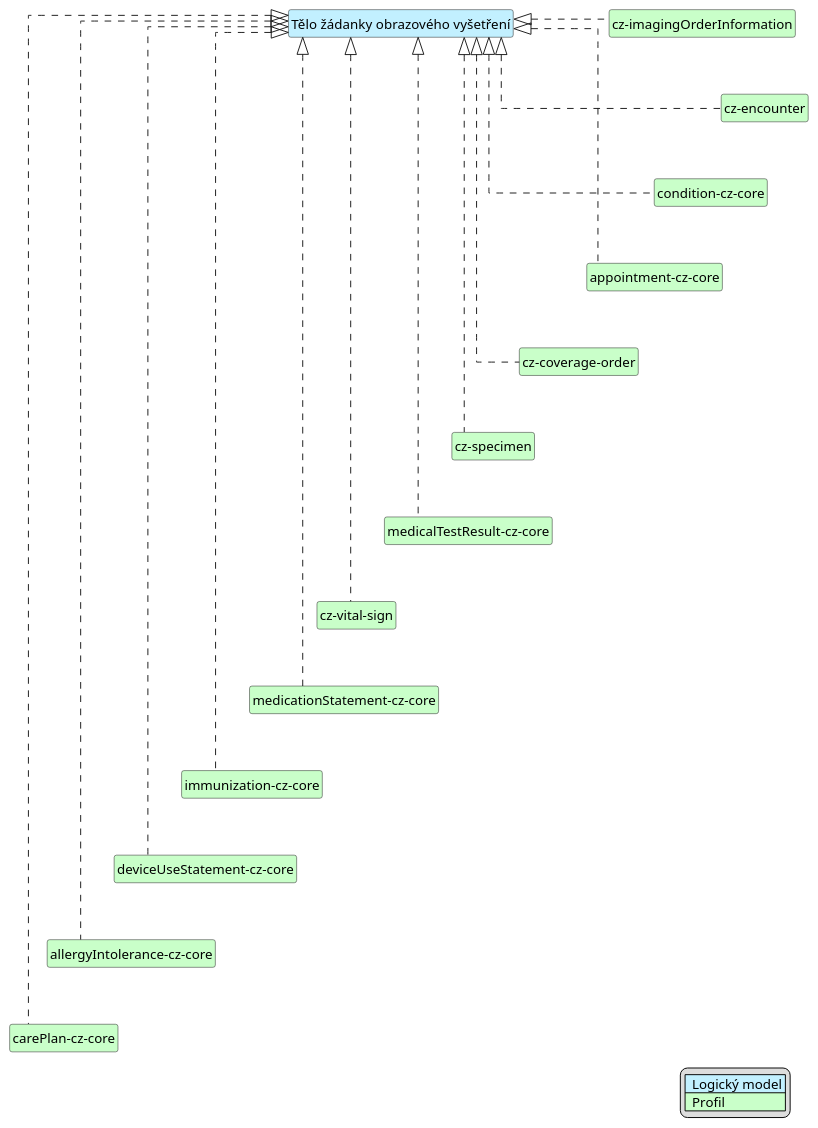
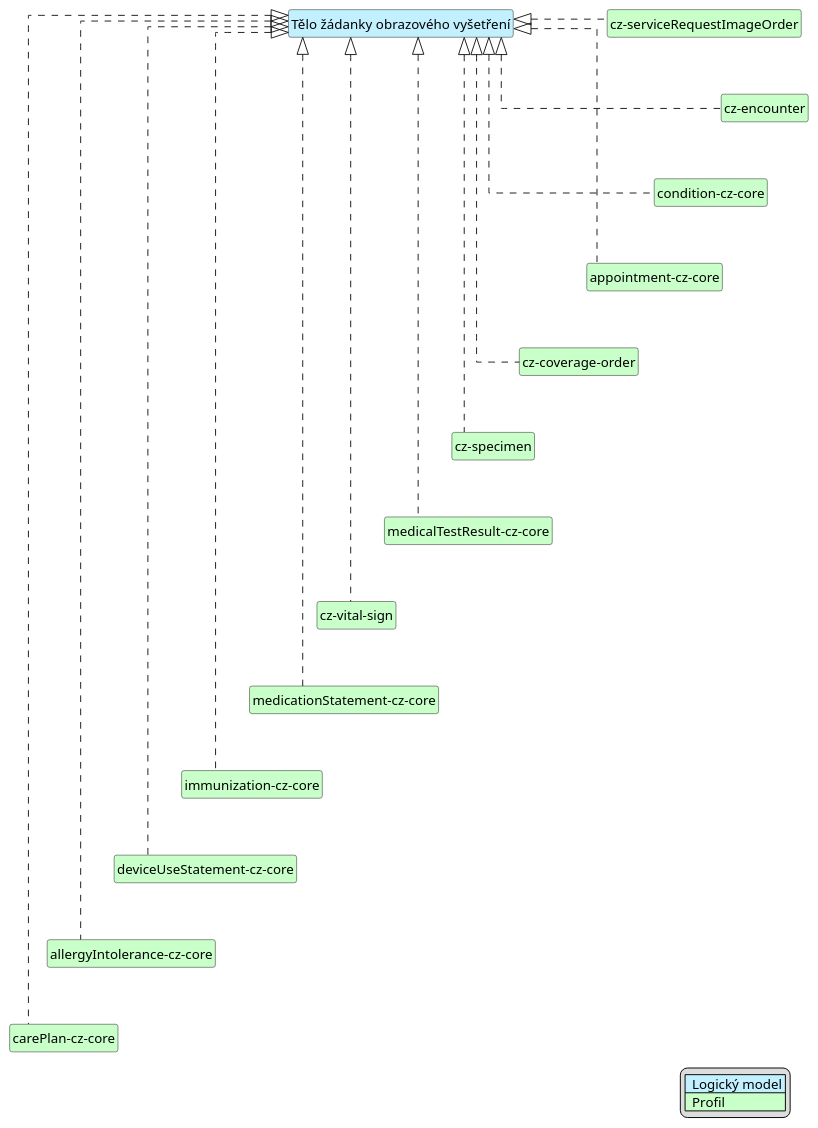
One commit to HL7-cz/img-order changed the diagram in input/images-source/imgOrderBody-map-cs.plantuml. Above: the diagram before and after it, drawn with PlantUML. The commit also changed 21 other files, not shown here.

Commit message:
Rename profile image-order to serviceRequest and add speciality to author and performer

```diff
--- a/input/images-source/imgOrderBody-map-cs.plantuml
+++ b/input/images-source/imgOrderBody-map-cs.plantuml
@@ -1,58 +1,58 @@
 @startuml
 hide circle
 hide stereotype
 hide members
 hide methods
 skinparam linetype ortho
 skinparam class {
 BackgroundColor<<LogicalModel>> #APPLICATION
 BackgroundColor<<Profile>> #TECHNOLOGY
 }
 legend right
 | <#APPLICATION>  Logický model |
 | <#TECHNOLOGY>  Profil |
 endlegend
 class "Tělo žádanky obrazového vyšetření" <<LogicalModel>> [[StructureDefinition-logBodyImageOrderCz.html]]
 
-class "cz-imagingOrderInformation" <<Profile>> [[StructureDefinition-cz-imagingOrderInformation.html]]
+class "cz-serviceRequestImageOrder" <<Profile>> [[StructureDefinition-cz-serviceRequestImageOrder.html]]
 class "condition-cz-core" <<Profile>> [[https://hl7.cz/fhir/core/StructureDefinition-condition-cz-core.html]]
 class "cz-encounter" <<Profile>> [[https://hl7.cz/fhir/core/StructureDefinition-cz-encounter.html]]
 class "cz-coverage-order" <<Profile>> [[StructureDefinition-cz-coverage-order.html]]
 class "appointment-cz-core" <<Profile>> [[https://hl7.cz/fhir/core/StructureDefinition-appointment-cz-core.html]]
 class "cz-specimen" <<Profile>> [[https://hl7.cz/fhir/core/StructureDefinition-cz-specimen.html]]
 class "medicalTestResult-cz-core" <<Profile>> [[https://hl7.cz/fhir/core/StructureDefinition-medicalTestResult-cz-core.html]]
 class "cz-vital-sign" <<Profile>> [[StructureDefinition-cz-vital-sign.html]]
 class "medicationStatement-cz-core" <<Profile>> [[https://hl7.cz/fhir/core/StructureDefinition-medicationStatement-cz-core.html]]
 class "immunization-cz-core" <<Profile>> [[https://hl7.cz/fhir/core/StructureDefinition-immunization-cz-core.html]]
 class "deviceUseStatement-cz-core" <<Profile>> [[https://hl7.cz/fhir/core/StructureDefinition-deviceUseStatement-cz-core.html]]
 class "allergyIntolerance-cz-core" <<Profile>> [[https://hl7.cz/fhir/core/StructureDefinition-allergyIntolerance-cz-core.html]]
 class "carePlan-cz-core" <<Profile>> [[https://hl7.cz/fhir/core/StructureDefinition-carePlan-cz-core.html]]
 
-"Tělo žádanky obrazového vyšetření" <|. "cz-imagingOrderInformation"
+"Tělo žádanky obrazového vyšetření" <|. "cz-serviceRequestImageOrder"
 "Tělo žádanky obrazového vyšetření" <|. "appointment-cz-core"
 "Tělo žádanky obrazového vyšetření" <|. "cz-coverage-order"
 "Tělo žádanky obrazového vyšetření" <|. "condition-cz-core"
 "Tělo žádanky obrazového vyšetření" <|. "cz-encounter"
 "Tělo žádanky obrazového vyšetření" <|. "cz-specimen"
 "Tělo žádanky obrazového vyšetření" <|. "medicalTestResult-cz-core"
 "Tělo žádanky obrazového vyšetření" <|. "cz-vital-sign"
 "Tělo žádanky obrazového vyšetření" <|. "medicationStatement-cz-core"
 "Tělo žádanky obrazového vyšetření" <|. "immunization-cz-core"
 "Tělo žádanky obrazového vyšetření" <|. "deviceUseStatement-cz-core"
 "Tělo žádanky obrazového vyšetření" <|. "allergyIntolerance-cz-core"
 "Tělo žádanky obrazového vyšetření" <|. "carePlan-cz-core"
 
-"cz-imagingOrderInformation" -d[hidden]-> "cz-encounter"
+"cz-serviceRequestImageOrder" -d[hidden]-> "cz-encounter"
 "cz-encounter" -d[hidden]-> "condition-cz-core"
 "condition-cz-core" -d[hidden]-> "appointment-cz-core"
 "appointment-cz-core" -d[hidden]-> "cz-coverage-order"
 "cz-coverage-order" -d[hidden]-> "cz-specimen"
 "cz-specimen" -d[hidden]-> "medicalTestResult-cz-core"
 "medicalTestResult-cz-core" -d[hidden]-> "cz-vital-sign"
 "cz-vital-sign" -d[hidden]-> "medicationStatement-cz-core"
 "medicationStatement-cz-core" -d[hidden]-> "immunization-cz-core"
 "immunization-cz-core" -d[hidden]-> "deviceUseStatement-cz-core"
 "deviceUseStatement-cz-core" -d[hidden]-> "allergyIntolerance-cz-core"
 "allergyIntolerance-cz-core" -d[hidden]-> "carePlan-cz-core"
 
 @enduml
```
